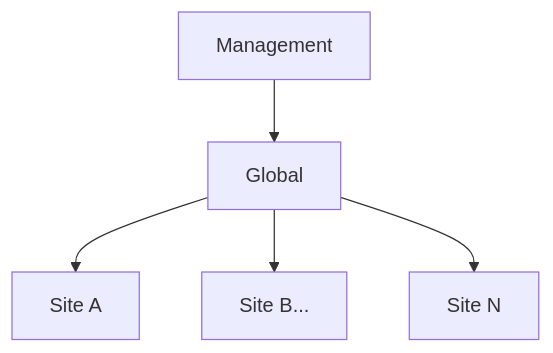
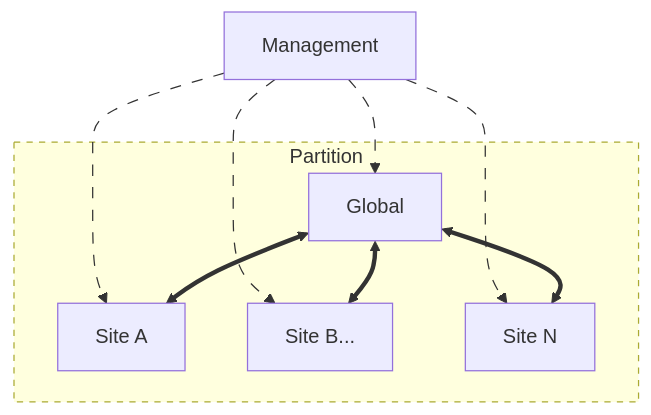
The first of 2 diagrams in docs/deploy-guide/welcome.md (rackerlabs/understack), drawn with Mermaid before and after one commit. The commit also changed other lines of this file, not shown here.

First line of the commit message:
docs: update wording and diagram to explain system partitioning better

````diff
--- a/docs/deploy-guide/welcome.md
+++ b/docs/deploy-guide/welcome.md
@@ -24,8 +24,23 @@
 ```mermaid
 flowchart TD
 
-  A[Management] --> B[Global];
-  B[Global] --> C[Site A];
-  B[Global] --> D[Site B...];
-  B[Global] --> E[Site N];
+  A[Management] mb@--> B[Global];
+  A mc@--> C[Site A];
+  A md@--> D[Site B...];
+  A me@--> E[Site N];
+
+  subgraph P[Partition]
+    B <==> C;
+    B <==> D;
+    B <==> E;
+  end
+
+  %% Style the subgraph with dashed border
+  style P stroke-dasharray: 5 5
+
+  classDef animate stroke-dasharray: 9,5,stroke-dashoffset: 900,animation: dash 25s linear infinite;
+  class mb animate
+  class mc animate
+  class md animate
+  class me animate
 ```
````
